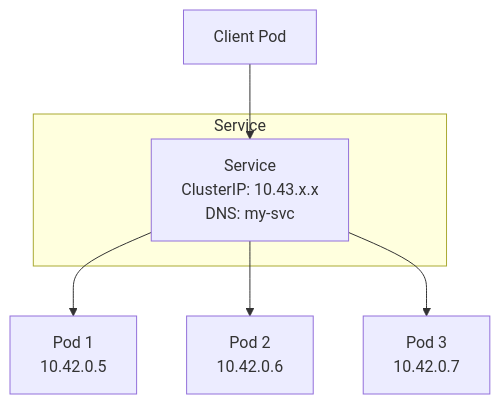
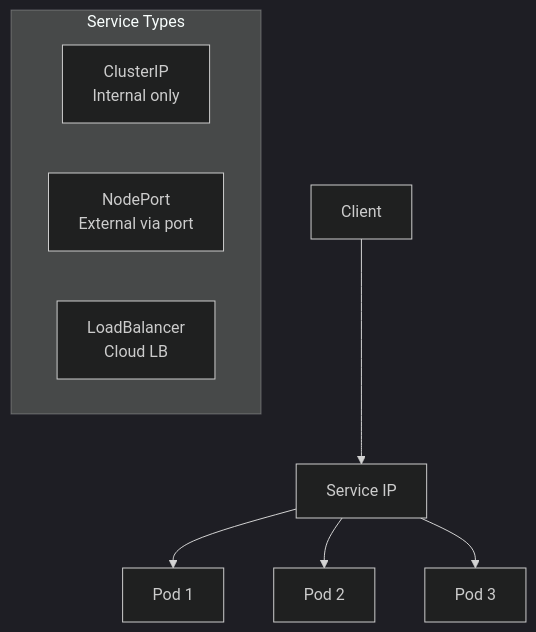
Before and after one commit to uzunenes/CKAD: the first of 2 diagrams in labs/lab-04-services.md, drawn with Mermaid. The commit also changed other lines of this file and 15 other files, not shown here.

Commit message:
🌍 Complete English translation - All 17 labs translated with dark mermaid themes

````diff
--- a/labs/lab-04-services.md
+++ b/labs/lab-04-services.md
@@ -12,12 +13,15 @@
 ```mermaid
+%%{init: {'theme': 'dark'}}%%
 graph TB
-    subgraph "Service"
-        SVC[Service<br/>ClusterIP: 10.43.x.x<br/>DNS: my-svc]
+    subgraph "Service Types"
+        direction LR
+        CLI[ClusterIP<br/>Internal only] 
+        NP[NodePort<br/>External via port]
+        LB[LoadBalancer<br/>Cloud LB]
     end
     
-    SVC --> P1[Pod 1<br/>10.42.0.5]
-    SVC --> P2[Pod 2<br/>10.42.0.6]
-    SVC --> P3[Pod 3<br/>10.42.0.7]
-    
-    CLIENT[Client Pod] --> SVC
+    CLIENT[Client] --> SVC[Service IP]
+    SVC --> P1[Pod 1]
+    SVC --> P2[Pod 2]
+    SVC --> P3[Pod 3]
 ```
````
